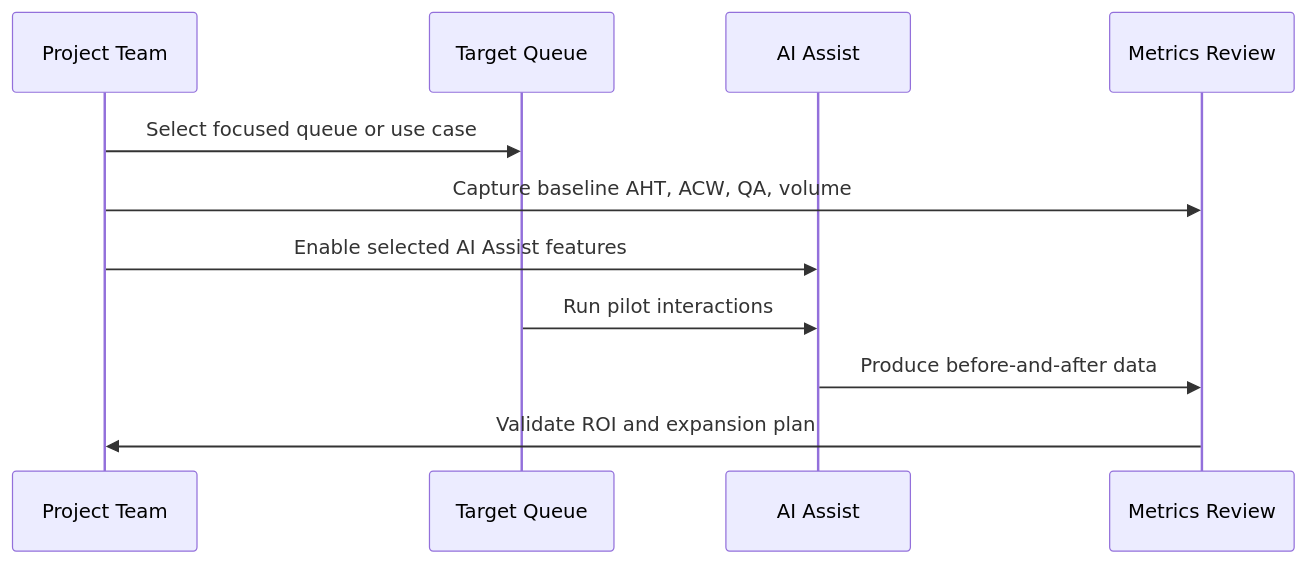
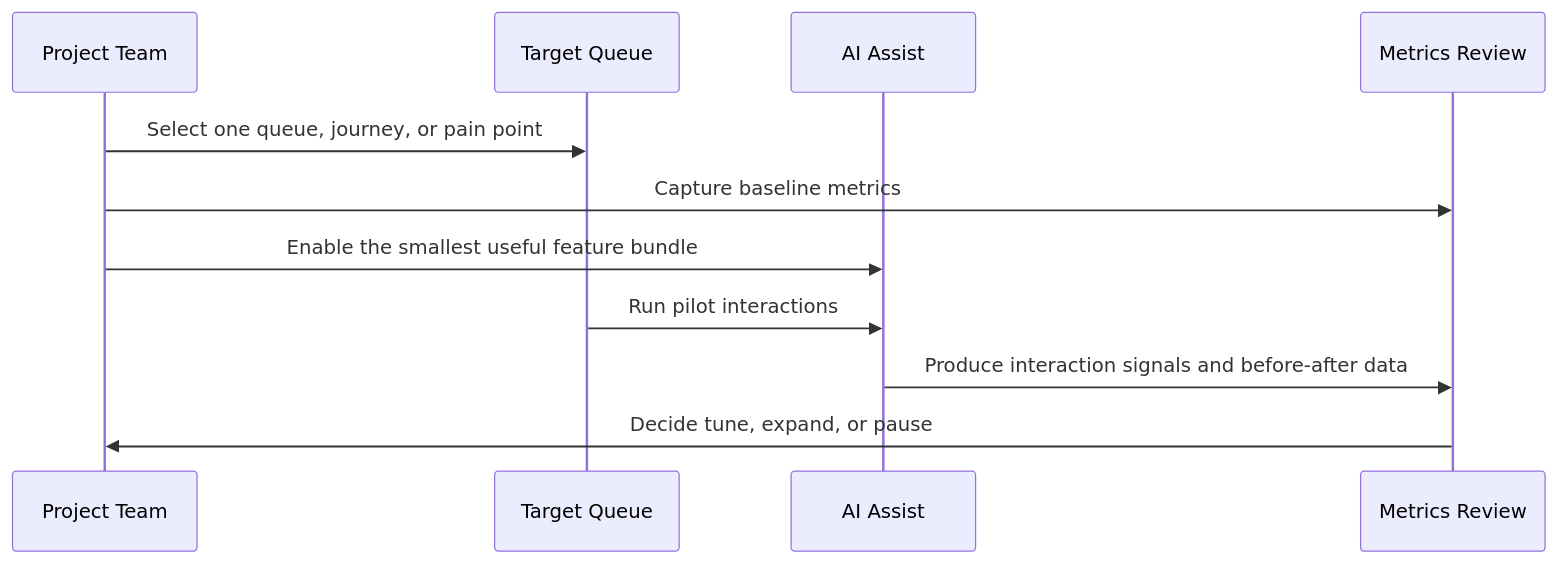
Before and after one commit to WebexSamples/webex-ai-agents: the ninth of 10 diagrams in AI_CookBook/ai-assist-benefits3.md, drawn with Mermaid. The commit also changed other lines of this file, not shown here.

````diff
--- a/AI_CookBook/ai-assist-benefits3.md
+++ b/AI_CookBook/ai-assist-benefits3.md
@@ -234,14 +226,14 @@
 ```mermaid
 sequenceDiagram
     participant Team as Project Team
     participant Queue as Target Queue
     participant Assist as AI Assist
-    participant Metrics as Metrics Review
+    participant Review as Metrics Review
 
-    Team->>Queue: Select focused queue or use case
-    Team->>Metrics: Capture baseline AHT, ACW, QA, volume
-    Team->>Assist: Enable selected AI Assist features
+    Team->>Queue: Select one queue, journey, or pain point
+    Team->>Review: Capture baseline metrics
+    Team->>Assist: Enable the smallest useful feature bundle
     Queue->>Assist: Run pilot interactions
-    Assist->>Metrics: Produce before-and-after data
-    Metrics->>Team: Validate ROI and expansion plan
+    Assist->>Review: Produce interaction signals and before-after data
+    Review->>Team: Decide tune, expand, or pause
 ```
````
